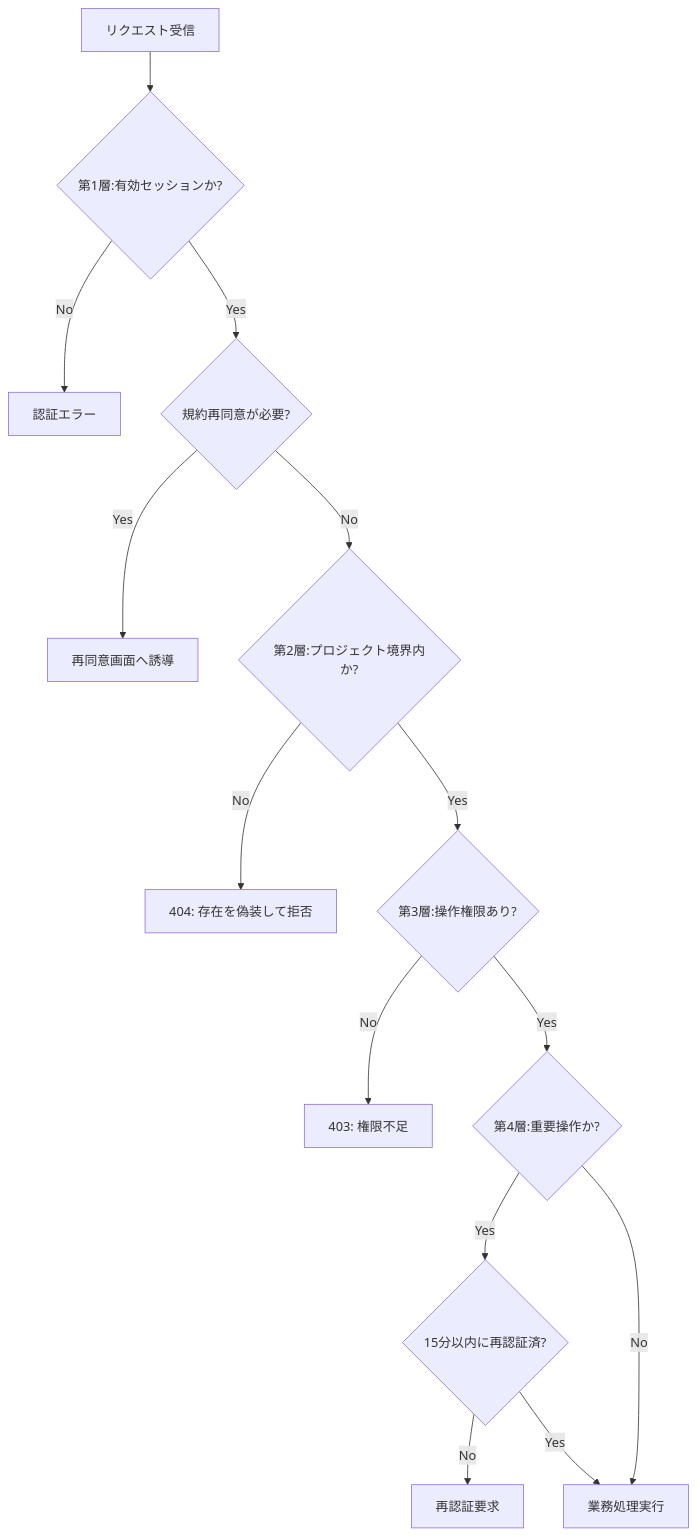
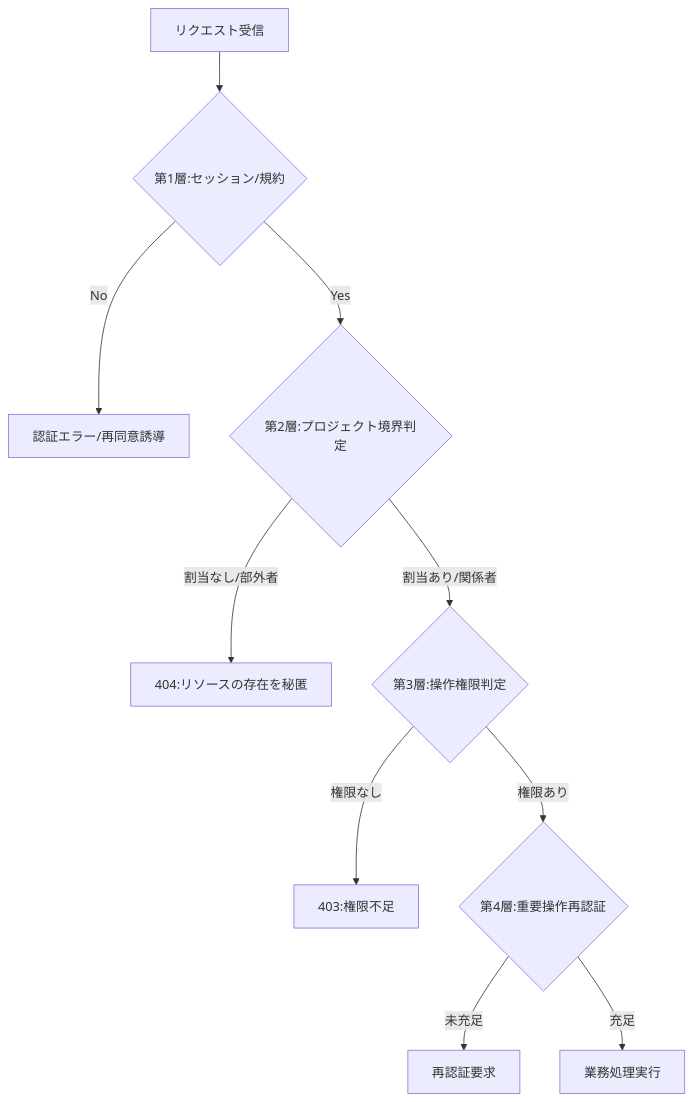
The diagram in 02_basic_design/04_permissions/index.md (sikakou54/open-faq), drawn with Mermaid before and after one commit. The commit also changed other lines of this file and 12 other files, not shown here.

````diff
--- a/02_basic_design/04_permissions/index.md
+++ b/02_basic_design/04_permissions/index.md
@@ -15,16 +15,12 @@
 ```mermaid
 graph TD
-    A[リクエスト受信] --> B{第1層:有効セッションか?}
-    B -- No --> B1[認証エラー]
-    B -- Yes --> C{規約再同意が必要?}
-    C -- Yes --> C1[再同意画面へ誘導]
-    C -- No --> D{第2層:プロジェクト境界内か?}
-    D -- No --> D1[404: 存在を偽装して拒否]
-    D -- Yes --> E{第3層:操作権限あり?}
-    E -- No --> E1[403: 権限不足]
-    E -- Yes --> F{第4層:重要操作か?}
-    F -- Yes --> G{15分以内に再認証済?}
-    G -- No --> G1[再認証要求]
-    G -- Yes --> H[業務処理実行]
-    F -- No --> H
+    A[リクエスト受信] --> B{第1層:セッション/規約}
+    B -- No --> B1[認証エラー/再同意誘導]
+    B -- Yes --> C{第2層:プロジェクト境界判定}
+    C -- 割当なし/部外者 --> C1[404:リソースの存在を秘匿]
+    C -- 割当あり/関係者 --> D{第3層:操作権限判定}
+    D -- 権限なし --> D1[403:権限不足]
+    D -- 権限あり --> E{第4層:重要操作再認証}
+    E -- 未充足 --> E1[再認証要求]
+    E -- 充足 --> F[業務処理実行]
 ```
````
